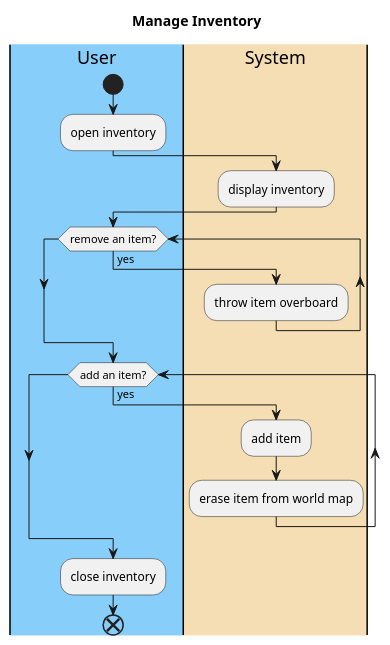
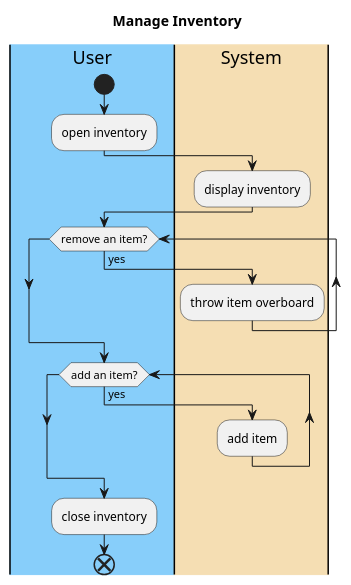
Before and after one commit to emutchek/MaraudersAtSea: the first of 3 diagrams in CMPU_203_MAS/intellij/doc/use-cases/Manage_Inventory.md, drawn with PlantUML. The commit also changed 9 other files, not shown here.

````diff
--- a/CMPU_203_MAS/intellij/doc/use-cases/Manage_Inventory.md
+++ b/CMPU_203_MAS/intellij/doc/use-cases/Manage_Inventory.md
@@ -34,27 +34,26 @@
 ```PlantUML
 @startuml
 title Manage Inventory
 |#LightSkyBlue|User|
 |#Wheat|System|
 
 |User|
 start
 :open inventory;
 |System|
 :display inventory;
 |User|
 while (remove an item?) is (yes)
 |System|
     :throw item overboard;
 endwhile
 |User|
 while (add an item?) is (yes)
     |System|
     :add item;
-    :erase item from world map;
 endwhile
 |User|
 :close inventory;
 end
 @enduml
 ```
````
